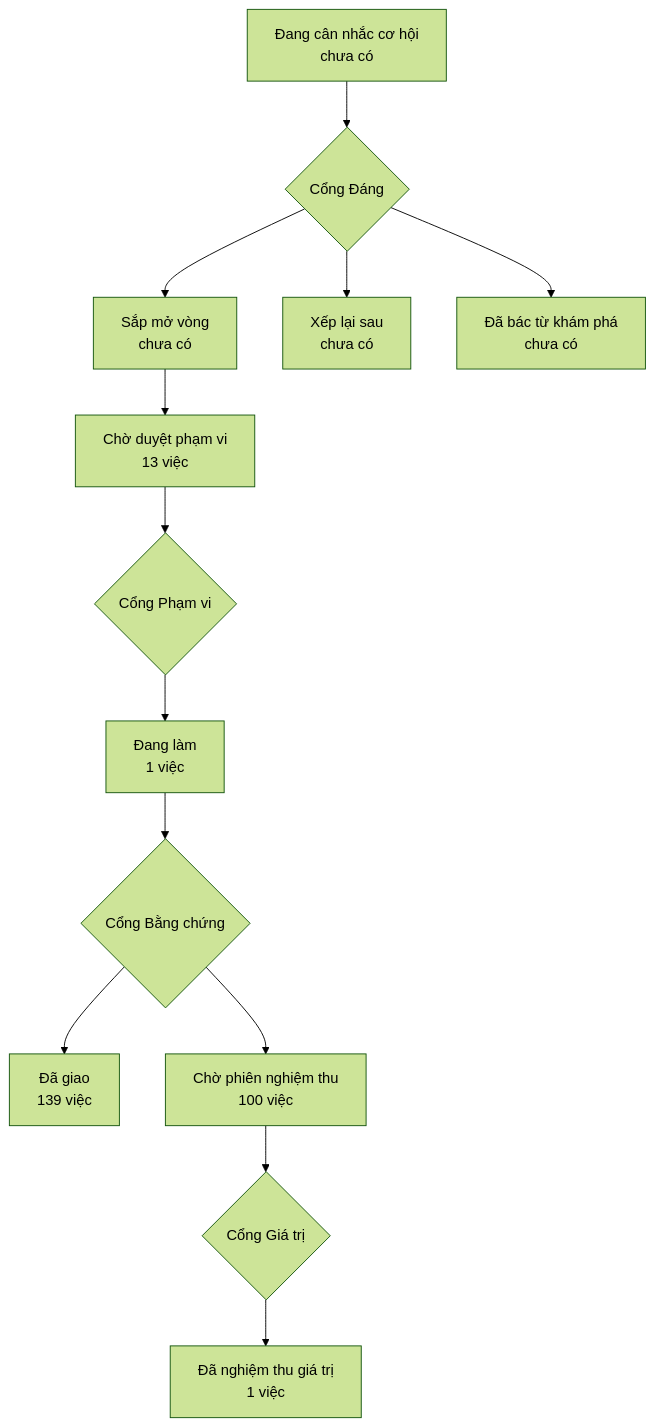
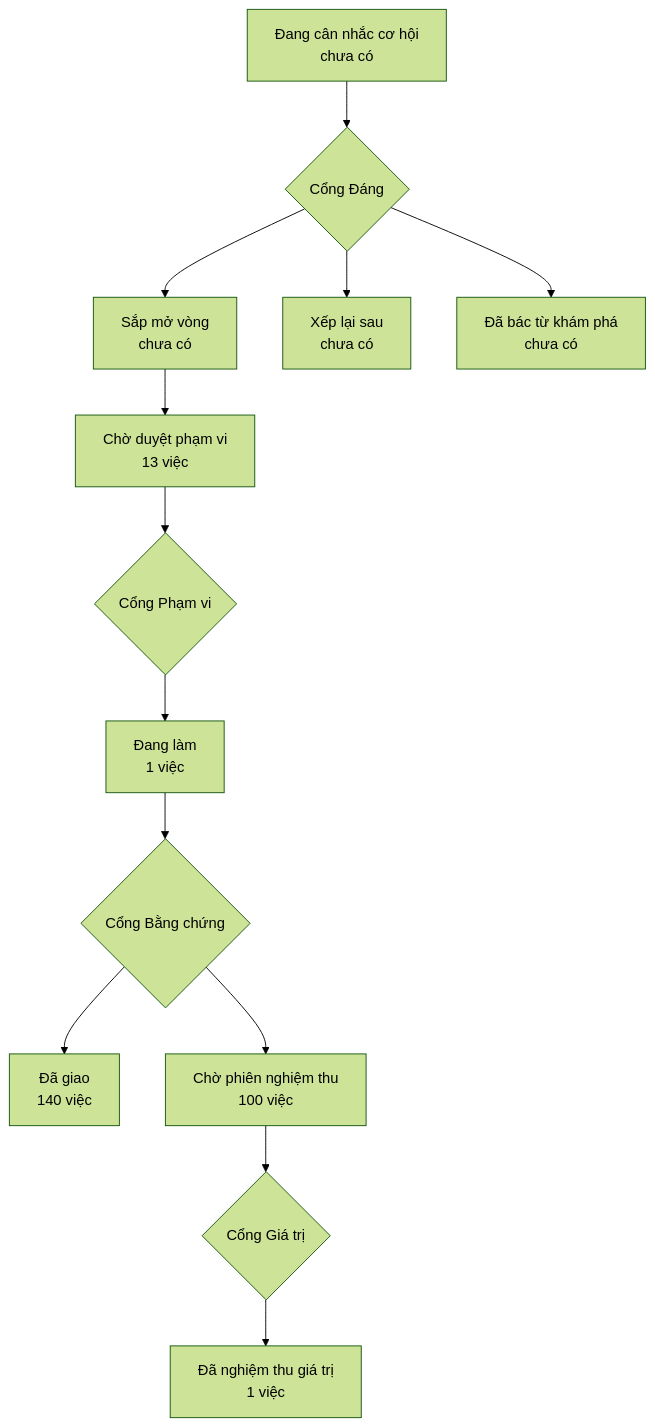
The diagram in PRODUCT-MAP.md (phanlemanh/onehub-invest), drawn with Mermaid (forest theme) before and after one commit. The commit also changed other lines of this file and 1 other file, not shown here.

Commit message:
chore(acceptance): sinh lại bản đồ sau khi gộp main

````diff
--- a/PRODUCT-MAP.md
+++ b/PRODUCT-MAP.md
@@ -7,12 +7,12 @@
 ```mermaid
 flowchart TD
   A["Đang cân nhắc cơ hội<br/>chưa có"] --> GD{"Cổng Đáng"}
   GD --> B["Sắp mở vòng<br/>chưa có"]
   GD --> XL["Xếp lại sau<br/>chưa có"]
   GD --> DB["Đã bác từ khám phá<br/>chưa có"]
   B --> CD["Chờ duyệt phạm vi<br/>13 việc"] --> GP{"Cổng Phạm vi"}
   GP --> DL["Đang làm<br/>1 việc"] --> GB{"Cổng Bằng chứng"}
-  GB --> DG["Đã giao<br/>139 việc"]
+  GB --> DG["Đã giao<br/>140 việc"]
   GB --> CN["Chờ phiên nghiệm thu<br/>100 việc"] --> GG{"Cổng Giá trị"}
   GG --> NT["Đã nghiệm thu giá trị<br/>1 việc"]
 ```
````
